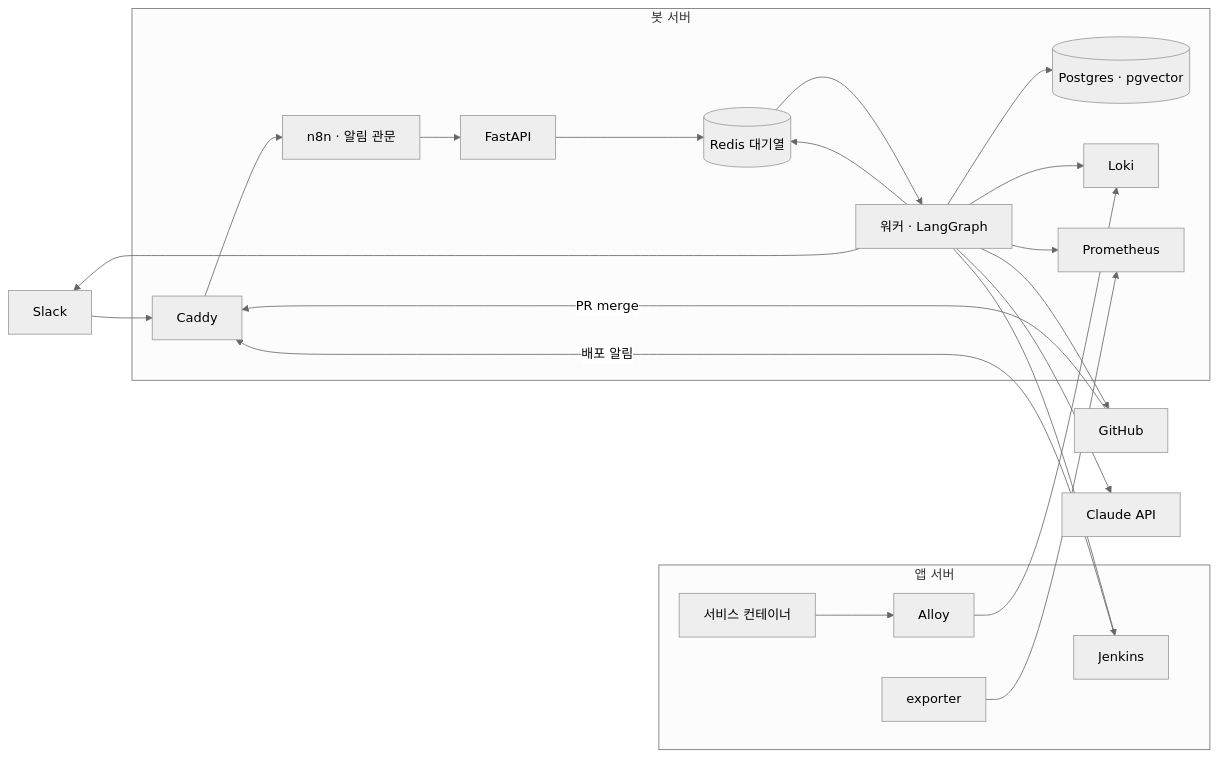
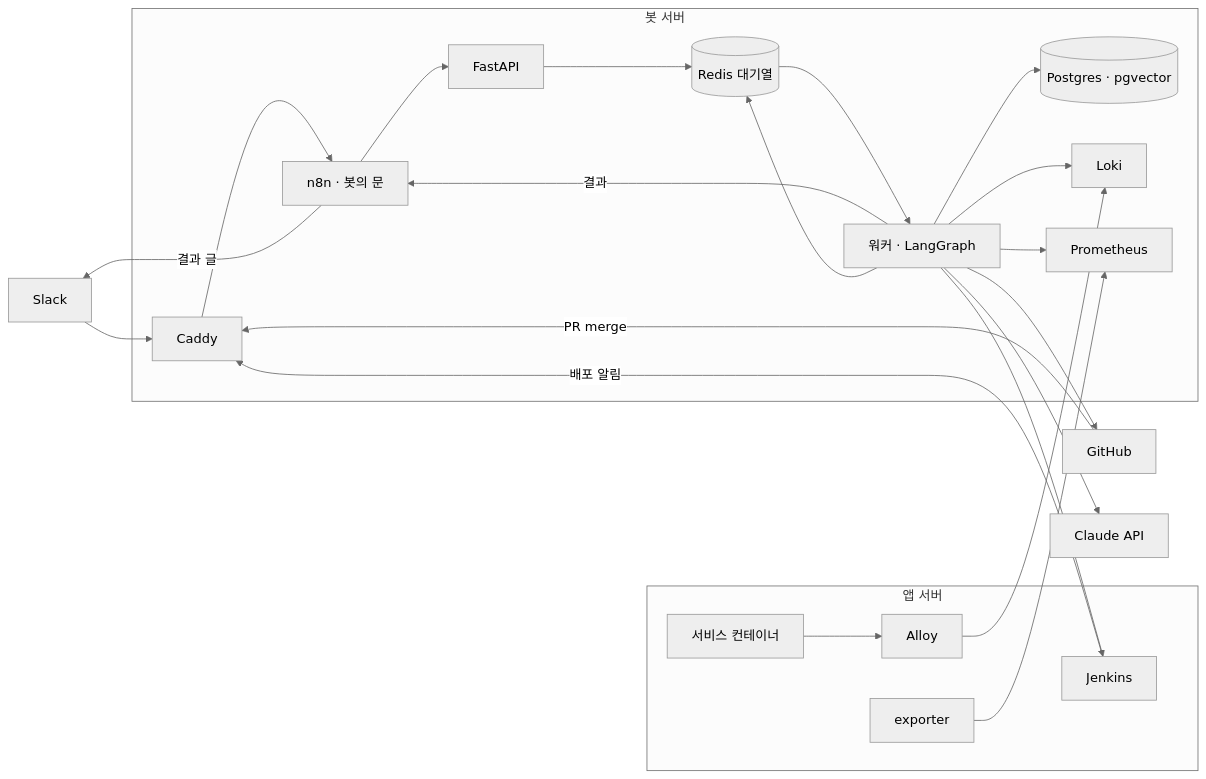
The diagram in README.md (DooDooLee/project-bot), drawn with Mermaid (neutral theme) before and after one commit. The commit also changed other lines of this file and 13 other files, not shown here.

````diff
--- a/README.md
+++ b/README.md
@@ -18,22 +18,23 @@
 ```mermaid
 flowchart LR
     Slack --> Caddy
     GitHub -- PR merge --> Caddy
     subgraph 봇 서버
-        Caddy --> n8n[n8n · 알림 관문] --> API[FastAPI]
+        Caddy --> n8n[n8n · 봇의 문] --> API[FastAPI]
         API --> Q[(Redis 대기열)] --> W[워커 · LangGraph]
+        W -- 결과 --> n8n
         W --> PG[(Postgres · pgvector)]
         W --> Q
         W --> Loki
         W --> Prom[Prometheus]
     end
     subgraph 앱 서버
         App[서비스 컨테이너] --> Alloy --> Loki
         Exp[exporter] --> Prom
         Jenkins -- 배포 알림 --> Caddy
     end
-    W --> Slack
+    n8n -- 결과 글 --> Slack
     W --> Claude[Claude API]
     W --> GitHub
     W --> Jenkins
 ```
````
